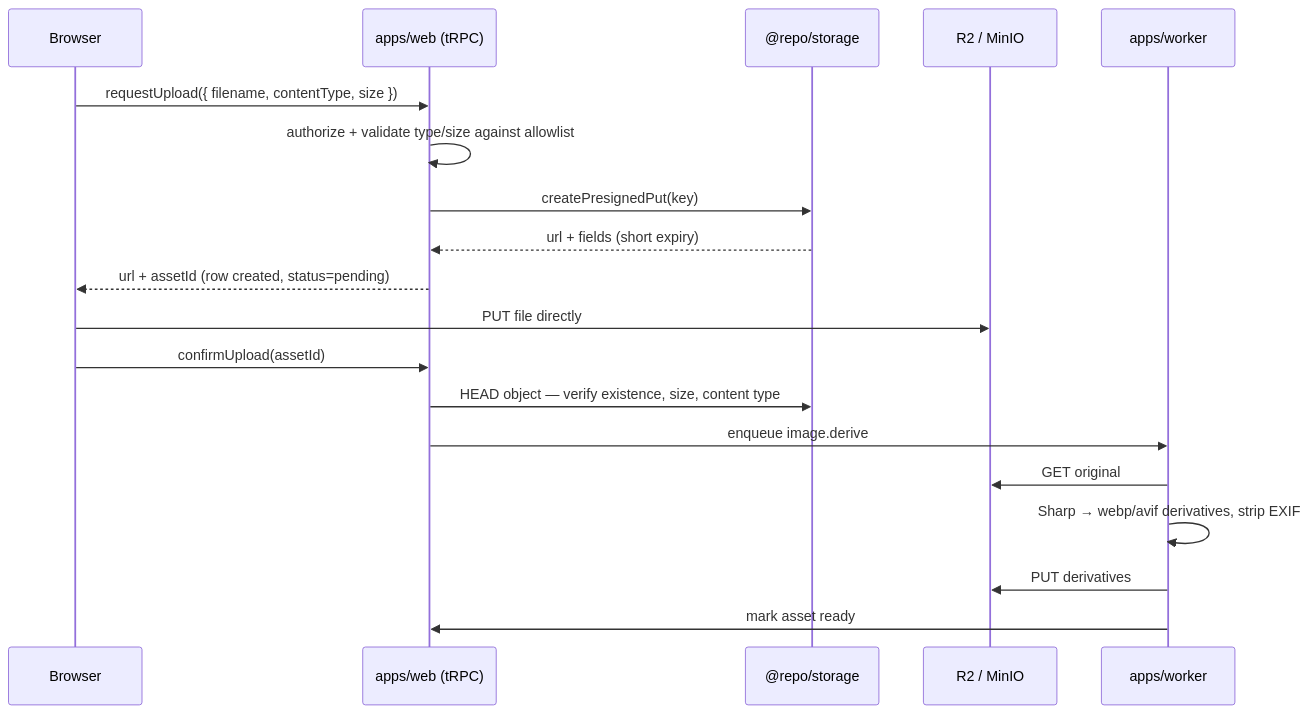
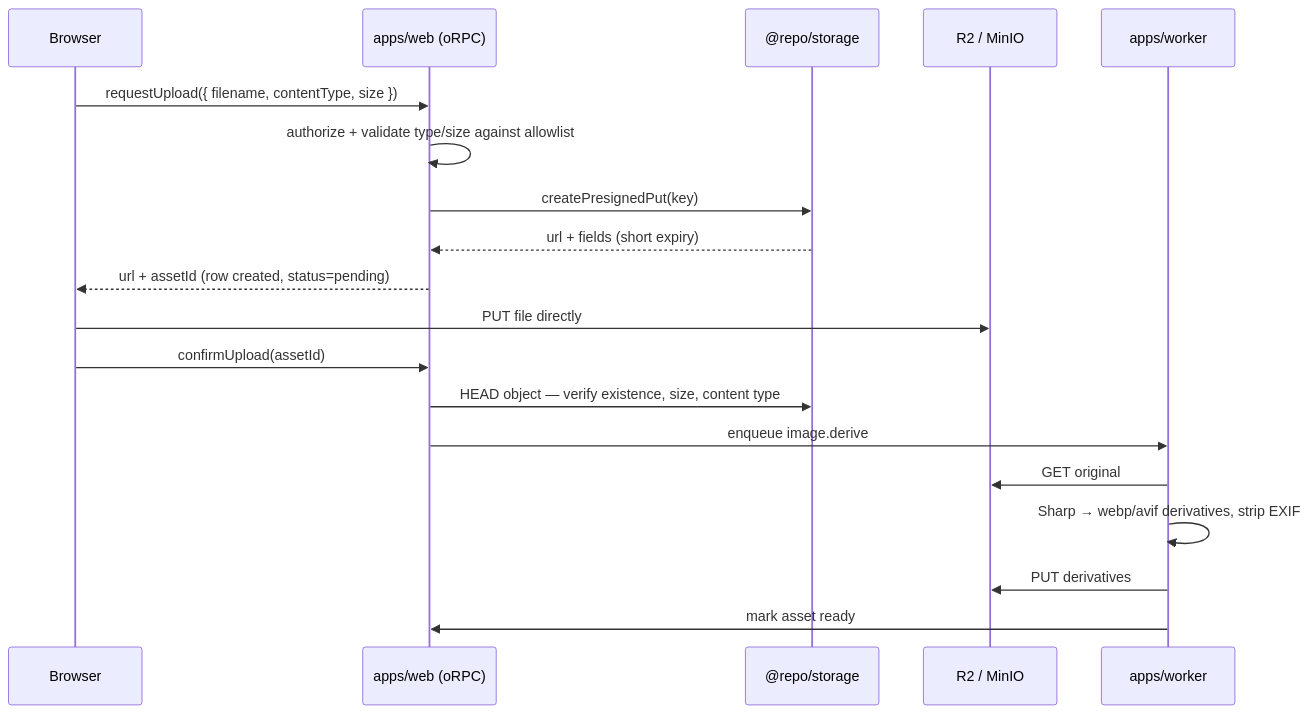
Before and after one commit to jleveneur/nextjs-boilerplate: the third of 3 diagrams in docs/architecture/06-data-and-storage.md, drawn with Mermaid. The commit also changed 71 other files, not shown here.

````diff
--- a/docs/architecture/06-data-and-storage.md
+++ b/docs/architecture/06-data-and-storage.md
@@ -205,22 +205,22 @@
 ```mermaid
 sequenceDiagram
     participant B as Browser
-    participant A as apps/web (tRPC)
+    participant A as apps/web (oRPC)
     participant S as @repo/storage
     participant R as R2 / MinIO
     participant W as apps/worker
 
     B->>A: requestUpload({ filename, contentType, size })
     A->>A: authorize + validate type/size against allowlist
     A->>S: createPresignedPut(key)
     S-->>A: url + fields (short expiry)
     A-->>B: url + assetId (row created, status=pending)
     B->>R: PUT file directly
     B->>A: confirmUpload(assetId)
     A->>S: HEAD object — verify existence, size, content type
     A->>W: enqueue image.derive
     W->>R: GET original
     W->>W: Sharp → webp/avif derivatives, strip EXIF
     W->>R: PUT derivatives
     W->>A: mark asset ready
 ```
````
